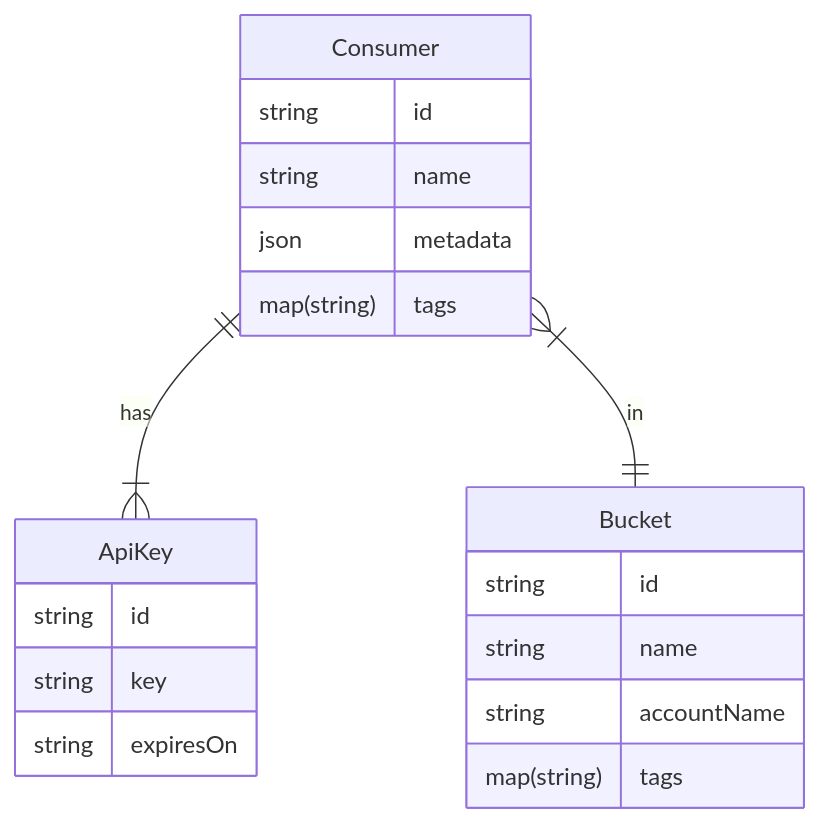
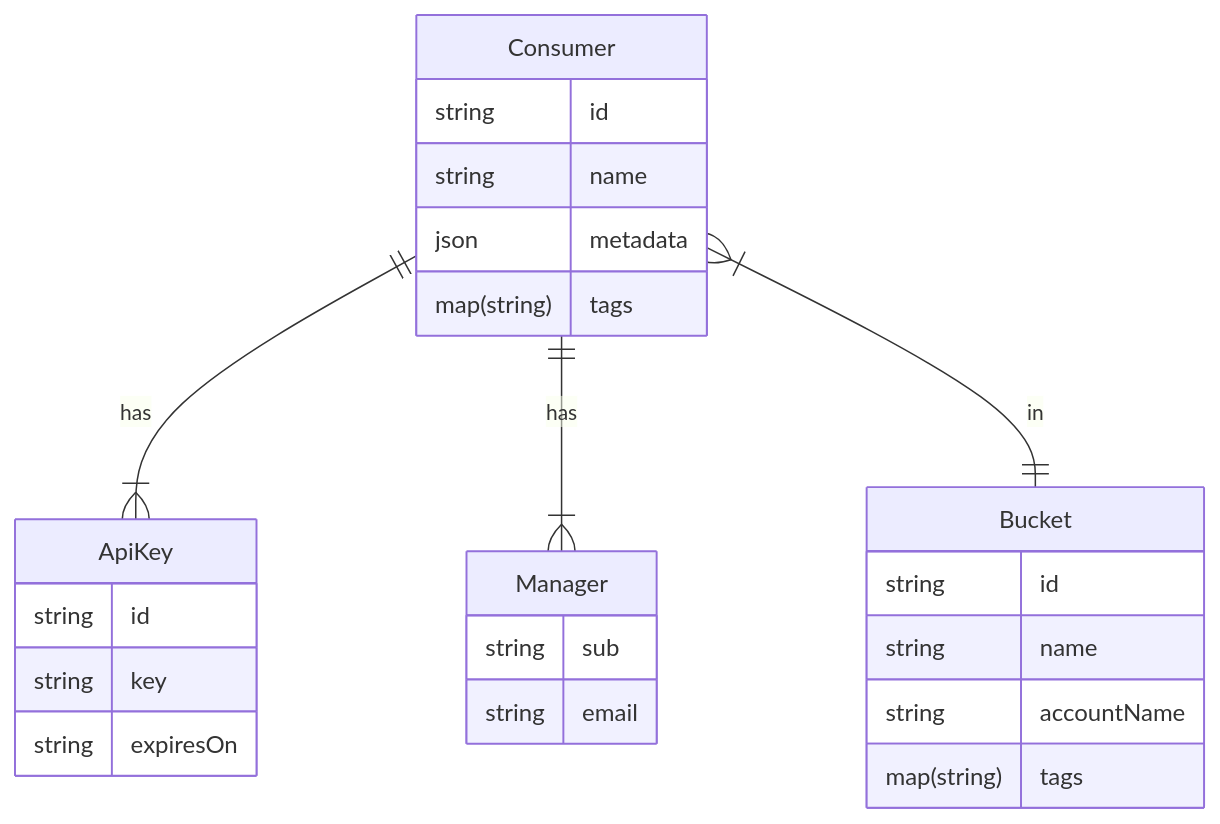
One commit to zuplo/docs changed the diagram in docs/articles/api-key-api.md. Above: the diagram before and after it, drawn with Mermaid. The commit also changed other lines of this file and 2 other files, not shown here.

Commit message:
Added doc on react component, updated api doc

````diff
--- a/docs/articles/api-key-api.md
+++ b/docs/articles/api-key-api.md
@@ -34,23 +34,28 @@
 ```mermaid
 erDiagram
     Consumer ||--|{ ApiKey : has
+    Consumer ||--|{ Manager : has
     Consumer }|--|| Bucket   : in
 
     Bucket {
         string id
         string name
         string accountName
         map(string) tags
     }
     Consumer {
         string id
         string name
         json metadata
         map(string) tags
     }
     ApiKey {
         string id
         string key
         string expiresOn
     }
+    Manager {
+        string sub
+        string email
+    }
 ```
````
